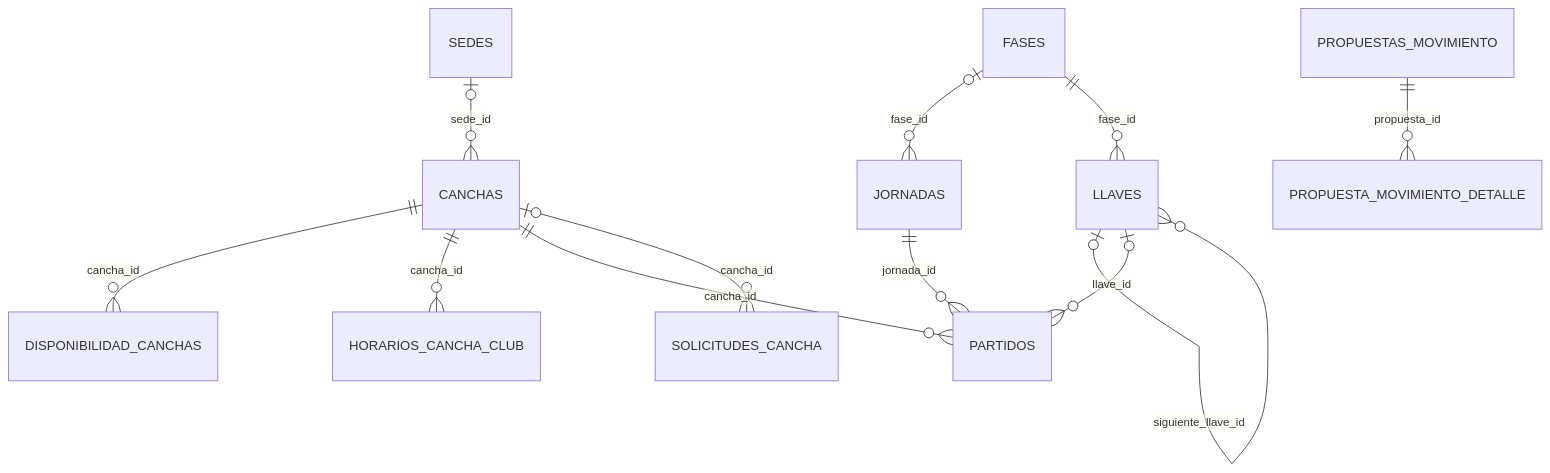
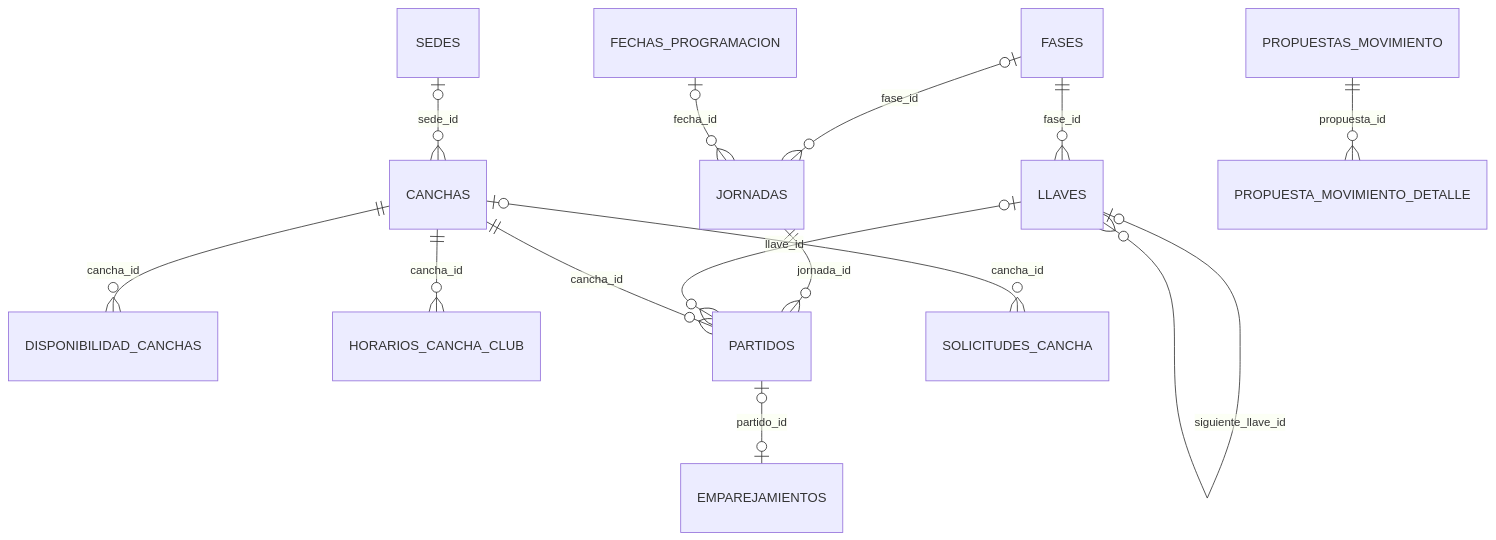
One commit to SIGLIM-org/SIGLIM changed the fourth of 6 diagrams in docs/base-de-datos/diccionario-de-datos.md. Above: the diagram before and after it, drawn with Mermaid. The commit also changed other lines of this file and 5 other files, not shown here.

````diff
--- a/docs/base-de-datos/diccionario-de-datos.md
+++ b/docs/base-de-datos/diccionario-de-datos.md
@@ -168,14 +169,16 @@
 ```mermaid
 erDiagram
     SEDES |o--o{ CANCHAS : "sede_id"
     CANCHAS ||--o{ DISPONIBILIDAD_CANCHAS : "cancha_id"
     CANCHAS ||--o{ HORARIOS_CANCHA_CLUB : "cancha_id"
     FASES |o--o{ JORNADAS : "fase_id"
+    FECHAS_PROGRAMACION |o--o{ JORNADAS : "fecha_id"
+    PARTIDOS |o--o| EMPAREJAMIENTOS : "partido_id"
     FASES ||--o{ LLAVES : "fase_id"
     LLAVES |o--o{ LLAVES : "siguiente_llave_id"
     JORNADAS ||--o{ PARTIDOS : "jornada_id"
     LLAVES |o--o{ PARTIDOS : "llave_id"
     CANCHAS ||--o{ PARTIDOS : "cancha_id"
     PROPUESTAS_MOVIMIENTO ||--o{ PROPUESTA_MOVIMIENTO_DETALLE : "propuesta_id"
     CANCHAS |o--o{ SOLICITUDES_CANCHA : "cancha_id"
 ```
````
